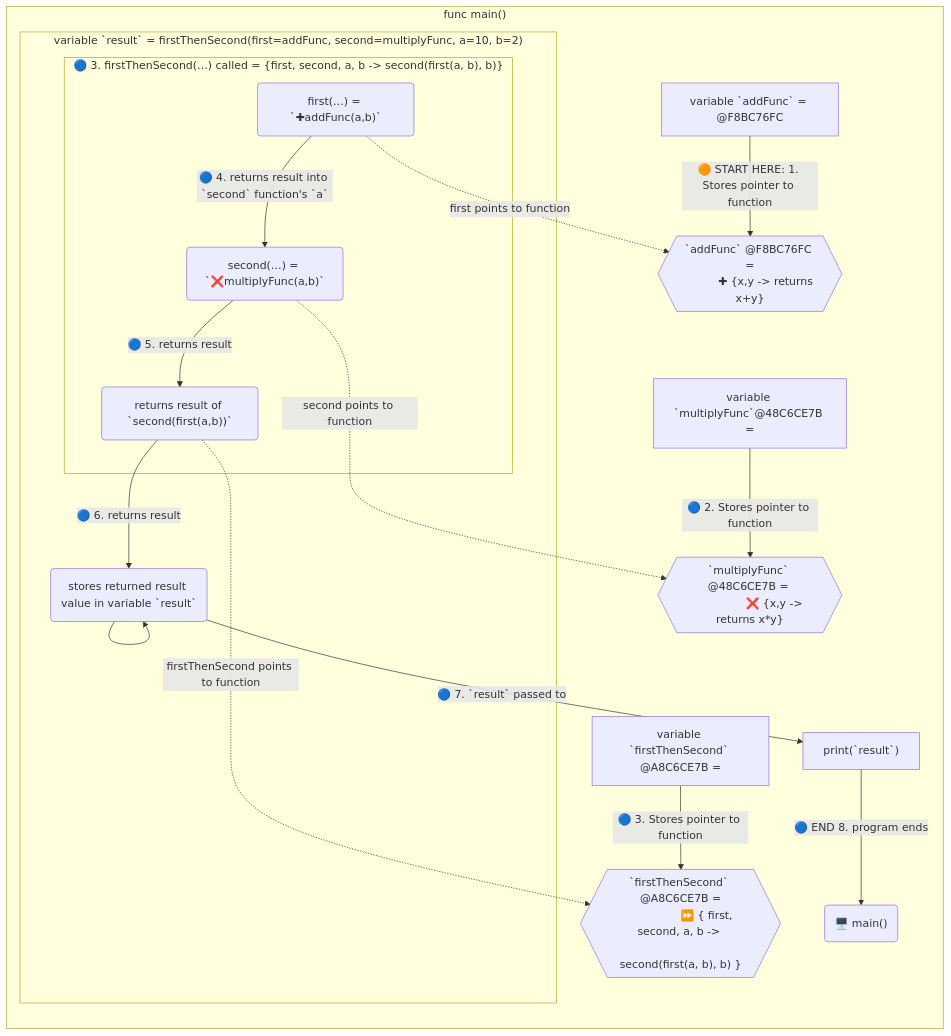
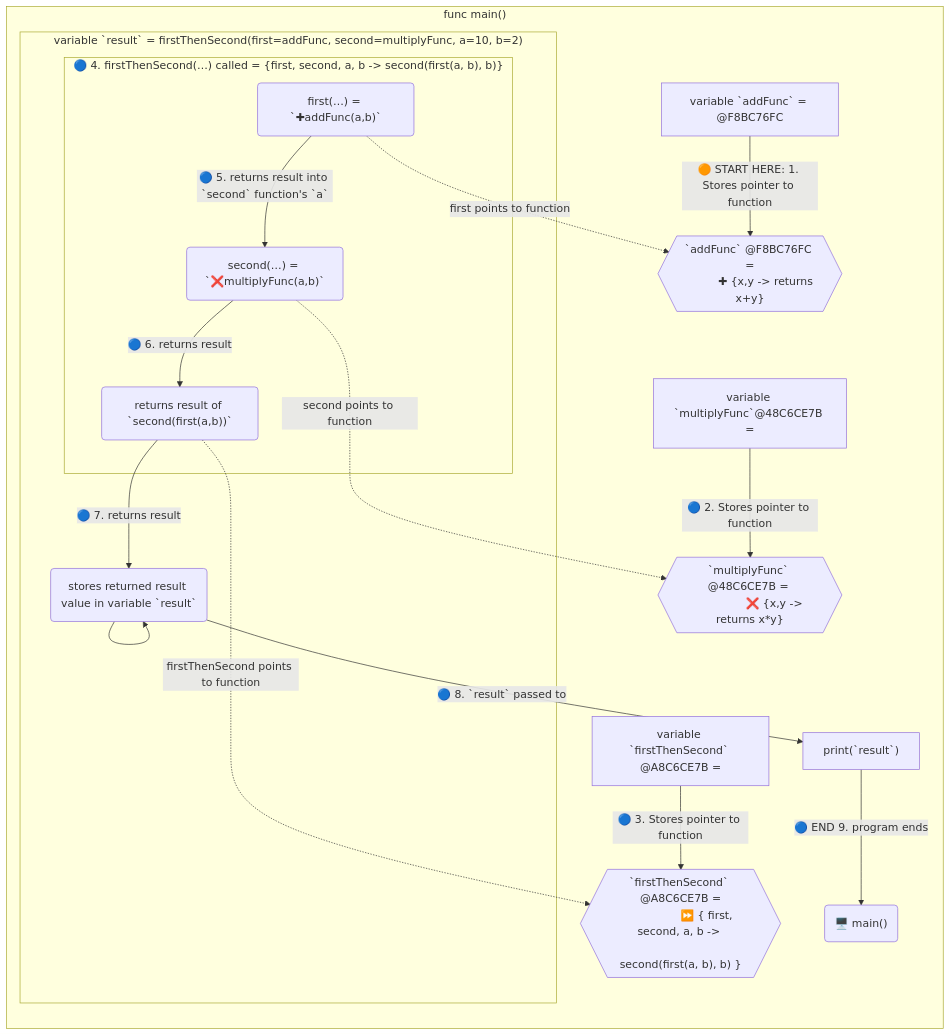
Before and after one commit to realityexpander/How_to_program_from_ground_up: the diagram in 10-FunctionalProgramming.md, drawn with Mermaid. The commit also changed other lines of this file and 1 other file, not shown here.

Commit message:
improve diagram& code

````diff
--- a/10-FunctionalProgramming.md
+++ b/10-FunctionalProgramming.md
@@ -50,29 +50,29 @@
 ```mermaid
  flowchart LR
  
  subgraph main["func main()"]
     X["variable `addFunc` = @F8BC76FC"] -->|🟠 START HERE: 1. Stores pointer to function| addFn{{" `addFunc` @F8BC76FC =
            ✚ {x,y -> returns x+y} "}}
     Y["variable `multiplyFunc`@48C6CE7B ="] -->|🔵 2. Stores pointer to function| multiplyFn{{" `multiplyFunc` @48C6CE7B = 
                 ❌ {x,y -> returns x*y}"}}
     Z["variable `firstThenSecond` @A8C6CE7B ="] -->|🔵 3. Stores pointer to function| firstThenSecondFunc{{" `firstThenSecond` @A8C6CE7B =
                  ⏩ { first, second, a, b -> 
                  second(first(a, b), b) }"}}
     first -.->|first points to function| addFn
     second -..->|second points to function| multiplyFn
     D -...->|firstThenSecond points to function| firstThenSecondFunc
     subgraph result[" variable `result` = firstThenSecond(first=addFunc, second=multiplyFunc, a=10, b=2)"]
-       subgraph firstThenSecond[" 🔵 3. firstThenSecond(…) called = {first, second, a, b -> second(first(a, b), b)}"]
-          first("first(…) = `✚addFunc(a,b)`")-->|🔵 4. returns result into `second` function's `a` | second
-          second("second(…) = `❌multiplyFunc(a,b)`") -->|🔵 5. returns result| D
+       subgraph firstThenSecond[" 🔵 4. firstThenSecond(…) called = {first, second, a, b -> second(first(a, b), b)}"]
+          first("first(…) = `✚addFunc(a,b)`")-->|🔵 5. returns result into `second` function's `a` | second
+          second("second(…) = `❌multiplyFunc(a,b)`") -->|🔵 6. returns result| D
        end
-       D("returns result of `second(first(a,b))`") -->|🔵 6. returns result| E
+       D("returns result of `second(first(a,b))`") -->|🔵 7. returns result| E
     end
-    E("stores returned result value in variable `result`") -->|🔵 7. `result` passed to| F
+    E("stores returned result value in variable `result`") -->|🔵 8. `result` passed to| F
     E --> E
-    F["print(`result`)"] -->|🔵 END 8. program ends| G
+    F["print(`result`)"] -->|🔵 END 9. program ends| G
  end
  G("🖥️ main()")
  
  
  ```
````
